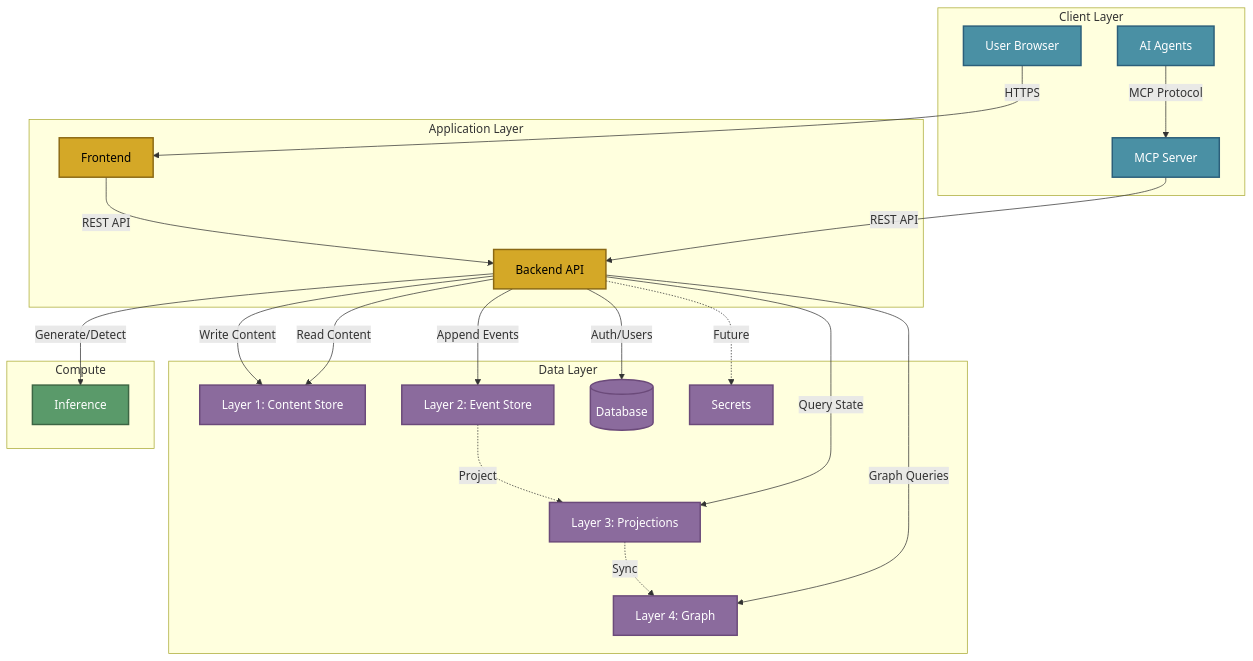
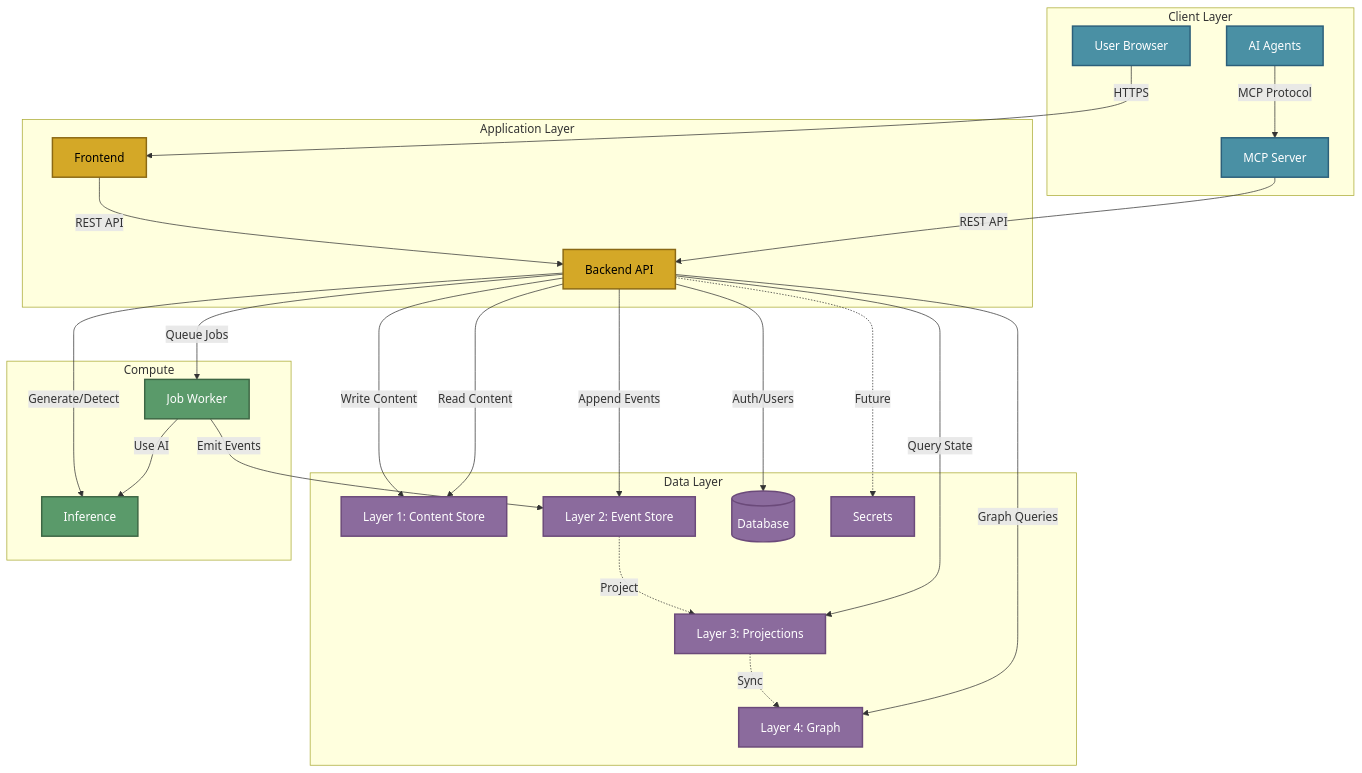
One commit to The-AI-Alliance/semiont changed the diagram in docs/ARCHITECTURE.md. Above: the diagram before and after it, drawn with Mermaid. The commit also changed other lines of this file, not shown here.

Commit message:
job worker

````diff
--- a/docs/ARCHITECTURE.md
+++ b/docs/ARCHITECTURE.md
@@ -23,63 +23,67 @@
 ```mermaid
 graph TB
     subgraph "Client Layer"
         USER[User Browser]
         AI[AI Agents]
         MCP[MCP Server]
     end
 
     subgraph "Application Layer"
         FE[Frontend]
         BE[Backend API]
     end
 
     subgraph "Data Layer"
         L1[Layer 1: Content Store]
         L2[Layer 2: Event Store]
         L3[Layer 3: Projections]
         L4[Layer 4: Graph]
         DB[(Database)]
         SEC[Secrets]
     end
 
     subgraph "Compute"
         INF[Inference]
+        JW[Job Worker]
     end
 
     %% Client connections
     USER -->|HTTPS| FE
     AI -->|MCP Protocol| MCP
 
     %% Application layer
     FE -->|REST API| BE
     MCP -->|REST API| BE
 
     %% Backend to data layers (write path)
     BE -->|Write Content| L1
     BE -->|Append Events| L2
     BE -->|Auth/Users| DB
     BE -.->|Future| SEC
 
     %% Event-driven flow
     L2 -.->|Project| L3
     L3 -.->|Sync| L4
 
     %% Backend reads
     BE -->|Read Content| L1
     BE -->|Query State| L3
     BE -->|Graph Queries| L4
 
     %% Compute services
     BE -->|Generate/Detect| INF
+    BE -->|Queue Jobs| JW
+    JW -->|Emit Events| L2
+    JW -->|Use AI| INF
 
     %% Styling - darker fills ensure text contrast in both light and dark modes
     classDef client fill:#4a90a4,stroke:#2c5f7a,stroke-width:2px,color:#fff
     classDef app fill:#d4a827,stroke:#8b6914,stroke-width:2px,color:#000
     classDef data fill:#8b6b9d,stroke:#6b4a7a,stroke-width:2px,color:#fff
     classDef compute fill:#5a9a6a,stroke:#3d6644,stroke-width:2px,color:#fff
 
     class USER,AI,MCP client
     class FE,BE app
     class L1,L2,L3,L4,DB,SEC data
-    class INF compute
+    class INF,JW compute
 ```
````
